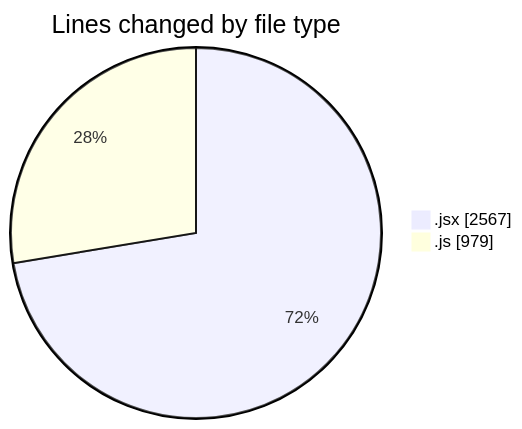
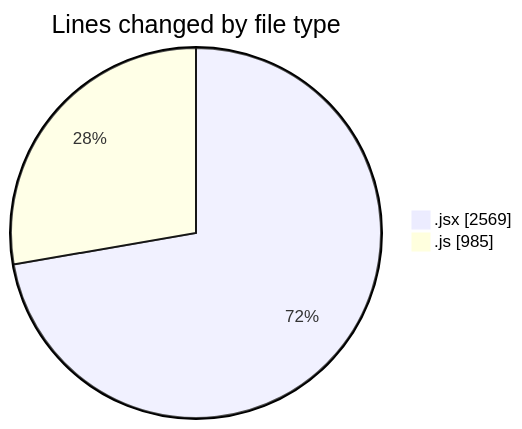
Before and after one commit to nxtqubesakshisongat/code-tracking: the first of 2 diagrams in 2025-07-11/argos/README.md, drawn with Mermaid. The commit also changed other lines of this file and 1 other file, not shown here.

````diff
--- a/2025-07-11/argos/README.md
+++ b/2025-07-11/argos/README.md
@@ -24,6 +24,6 @@
 ```mermaid
 pie showData
 title Lines changed by file type
-".jsx" : 2567
-".js" : 979
+".jsx" : 2569
+".js" : 985
 ```
````
